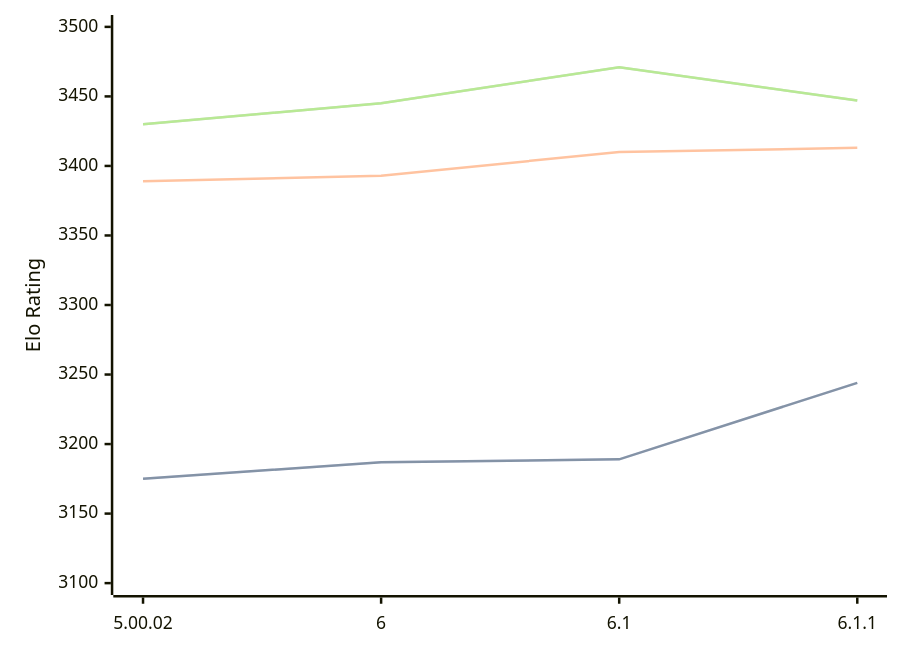
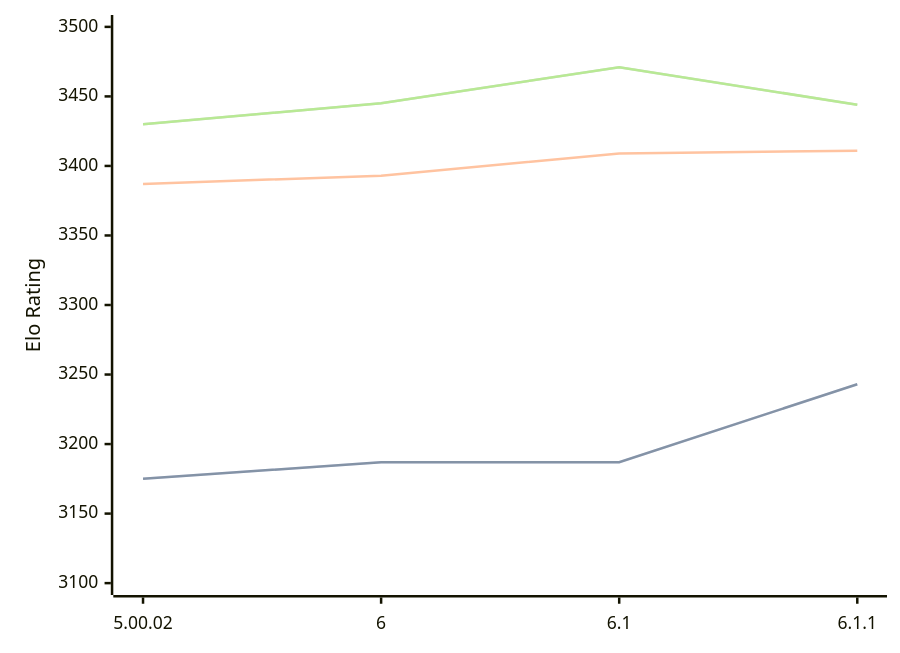
The diagram in engines/Zangdar.md (computer-chess-index/cci), drawn with Mermaid before and after one commit. The commit also changed other lines of this file, not shown here.

Commit message:
Update CCI Ratings (ELO VLTC) - 2026-03-09

````diff
--- a/engines/Zangdar.md
+++ b/engines/Zangdar.md
@@ -44,11 +44,11 @@
 ```mermaid
 %%{init: {"theme":"base","themeVariables":{"seriesColors:['#a3a3a3','#222221','#faa371']}}}%%
 xychart-beta
   x-axis ["5.00.02", "6", "6.1", "6.1.1"]
   y-axis "Elo Rating" 3100 --> 3500
-  line "STC (8.0+0.08s)" [3175, 3187, 3189, 3244]
-  line "STC (8.0+0.08s)" [3175, 3187, 3189, 3244]
-  line "LTC (60.0+0.60s)" [3389, 3393, 3410, 3413]
-  line "VLTC (2m24s+1.12s)" [3430, 3445, 3471, 3447]
-  line "VLTC (2m24s+1.12s)" [3430, 3445, 3471, 3447]
+  line "STC (8.0+0.08s)" [3175, 3187, 3187, 3243]
+  line "STC (8.0+0.08s)" [3175, 3187, 3187, 3243]
+  line "LTC (60.0+0.60s)" [3387, 3393, 3409, 3411]
+  line "VLTC (2m24s+1.12s)" [3430, 3445, 3471, 3444]
+  line "VLTC (2m24s+1.12s)" [3430, 3445, 3471, 3444]
 ```
````
